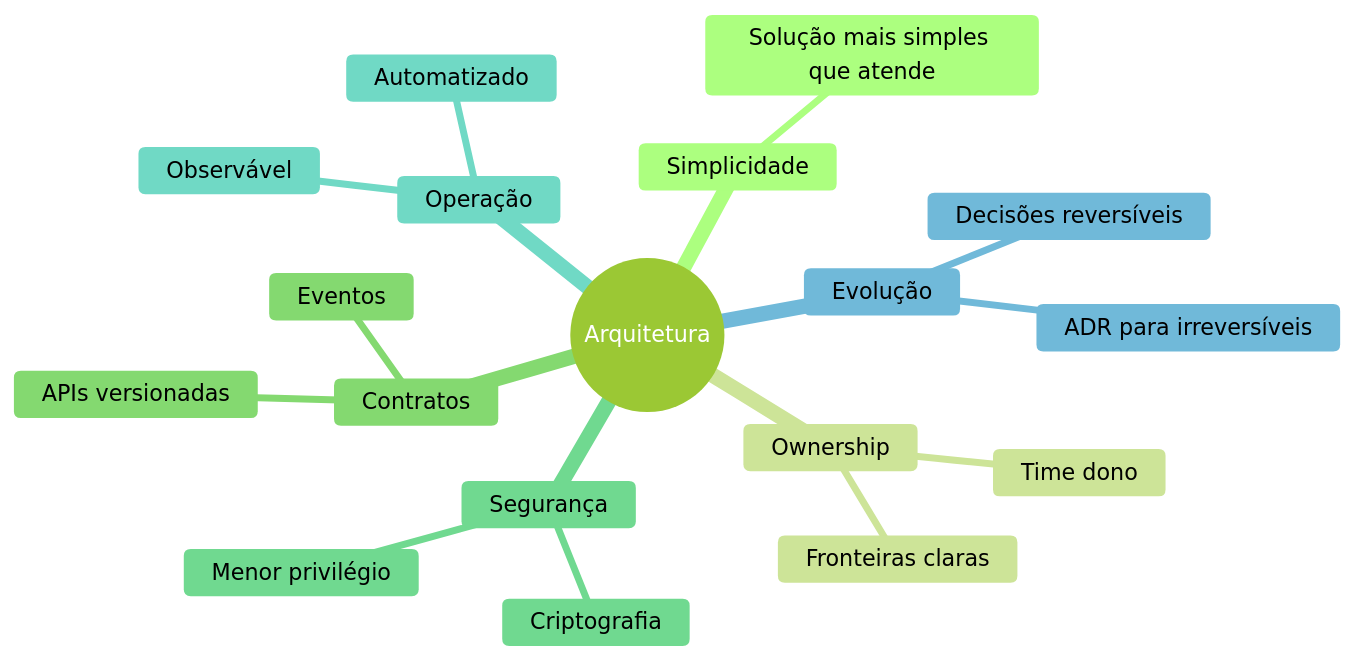
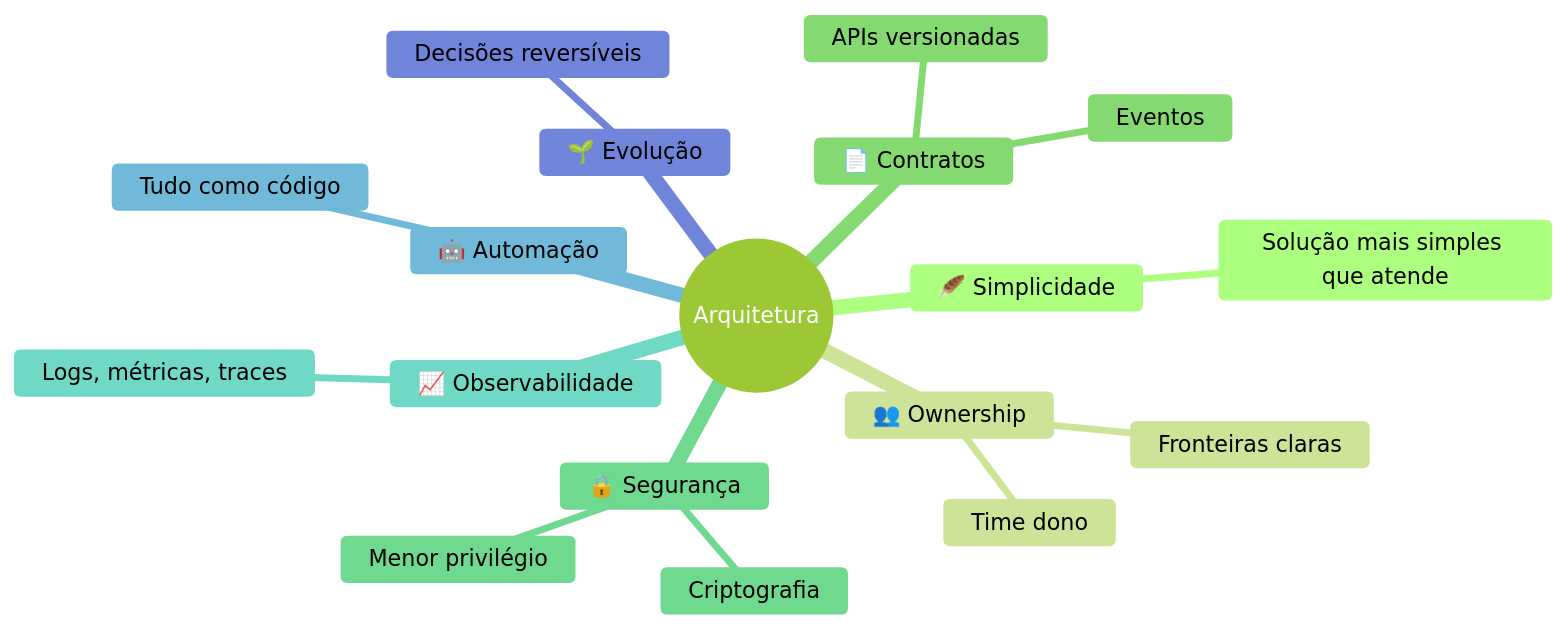
One commit to edtroleis/techdocs-wikis changed the diagram in arquitetura/docs/visao-geral/principios.md. Above: the diagram before and after it, drawn with Mermaid (forest theme). The commit also changed other lines of this file and 10 other files, not shown here.

````diff
--- a/arquitetura/docs/visao-geral/principios.md
+++ b/arquitetura/docs/visao-geral/principios.md
@@ -3,21 +7,21 @@
 ```mermaid
 mindmap
   root((Arquitetura))
-    Simplicidade
+    🪶 Simplicidade
       Solução mais simples que atende
-    Ownership
+    👥 Ownership
       Time dono
       Fronteiras claras
-    Contratos
+    📄 Contratos
       APIs versionadas
       Eventos
-    Segurança
+    🔒 Segurança
       Menor privilégio
       Criptografia
-    Operação
-      Observável
-      Automatizado
-    Evolução
+    📈 Observabilidade
+      Logs, métricas, traces
+    🤖 Automação
+      Tudo como código
+    🌱 Evolução
       Decisões reversíveis
-      ADR para irreversíveis
 ```
````
